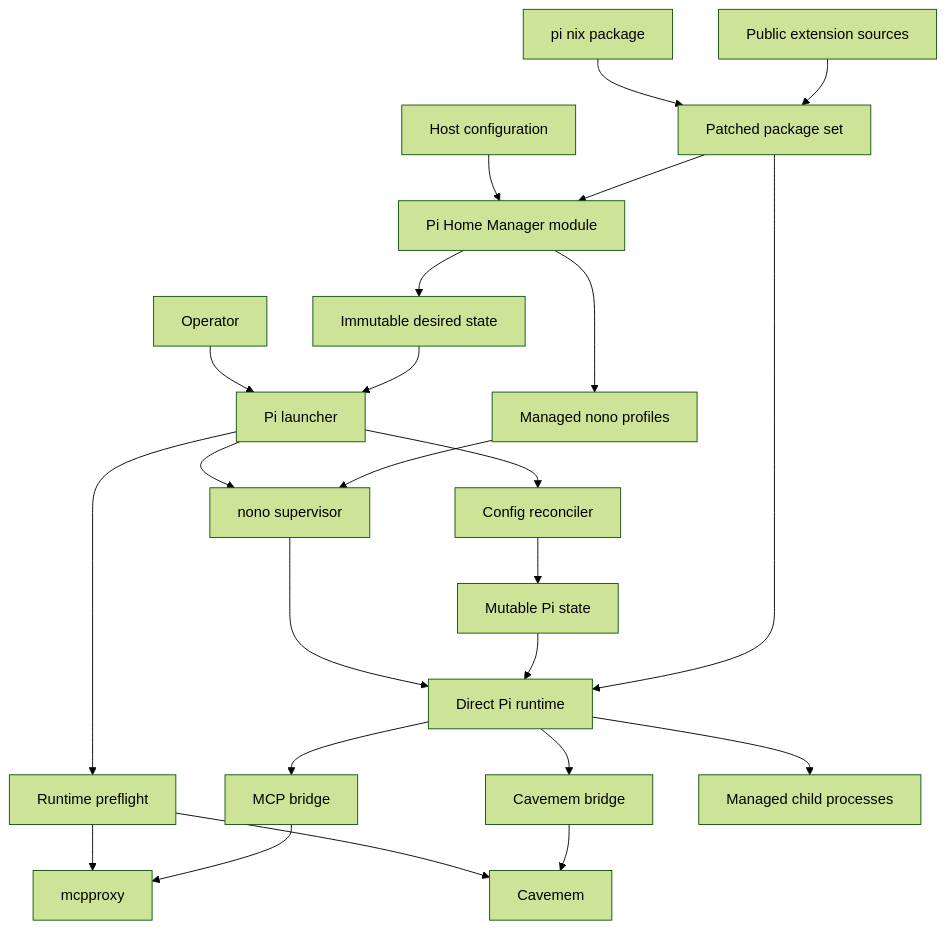
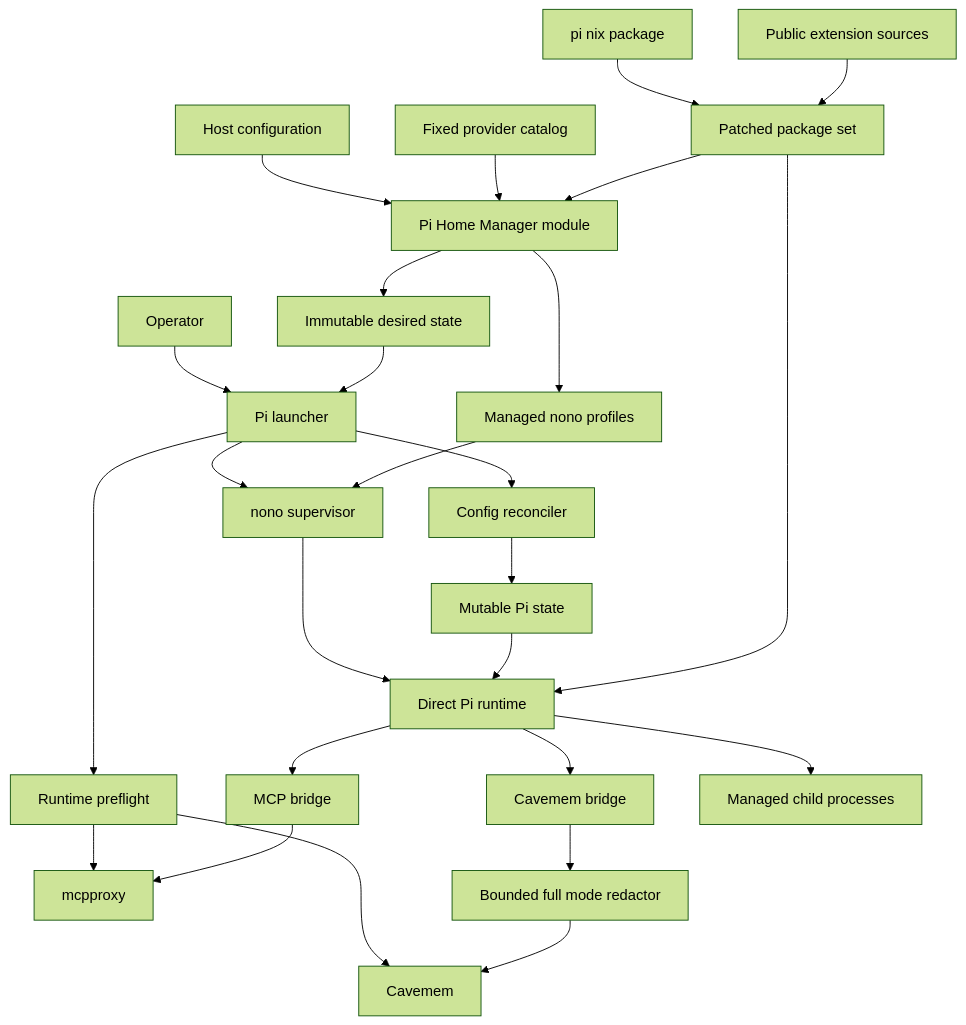
One commit to DWSR/nix-config changed the first of 3 diagrams in .kiro/specs/pi-agent-integration/design.md. Above: the diagram before and after it, drawn with Mermaid (forest theme). The commit also changed other lines of this file and 3 other files, not shown here.

````diff
--- a/.kiro/specs/pi-agent-integration/design.md
+++ b/.kiro/specs/pi-agent-integration/design.md
@@ -90,26 +99,28 @@
 ```mermaid
 flowchart TB
     PiNix[pi nix package] --> PackageSet[Patched package set]
     PublicSources[Public extension sources] --> PackageSet
     HostConfig[Host configuration] --> HomeModule[Pi Home Manager module]
+    ProviderCatalog[Fixed provider catalog] --> HomeModule
     PackageSet --> HomeModule
     HomeModule --> DesiredState[Immutable desired state]
     HomeModule --> Profiles[Managed nono profiles]
     Operator[Operator] --> Launcher[Pi launcher]
     DesiredState --> Launcher
     Launcher --> Reconciler[Config reconciler]
     Reconciler --> PiState[Mutable Pi state]
     Launcher --> Preflight[Runtime preflight]
     Preflight --> McpProxy[mcpproxy]
     Preflight --> Cavemem[Cavemem]
     Launcher --> Nono[nono supervisor]
     Profiles --> Nono
     Nono --> PiRuntime[Direct Pi runtime]
     PiState --> PiRuntime
     PackageSet --> PiRuntime
     PiRuntime --> McpBridge[MCP bridge]
     McpBridge --> McpProxy
     PiRuntime --> CaptureBridge[Cavemem bridge]
-    CaptureBridge --> Cavemem
+    CaptureBridge --> FullModeRedactor[Bounded full mode redactor]
+    FullModeRedactor --> Cavemem
     PiRuntime --> ManagedChildren[Managed child processes]
 ```
````
